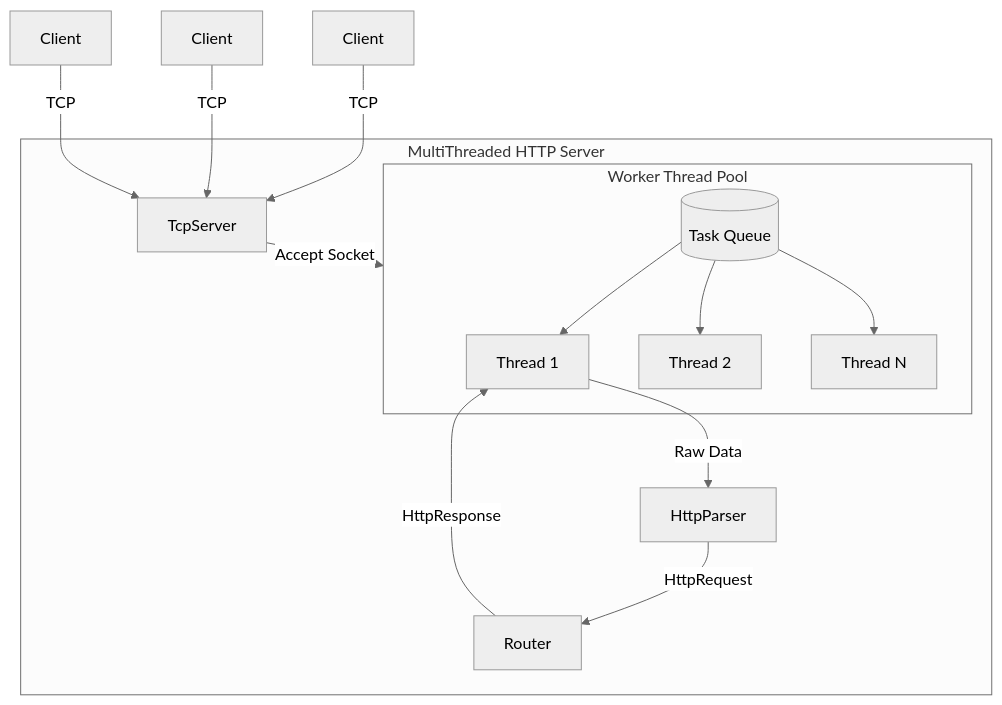
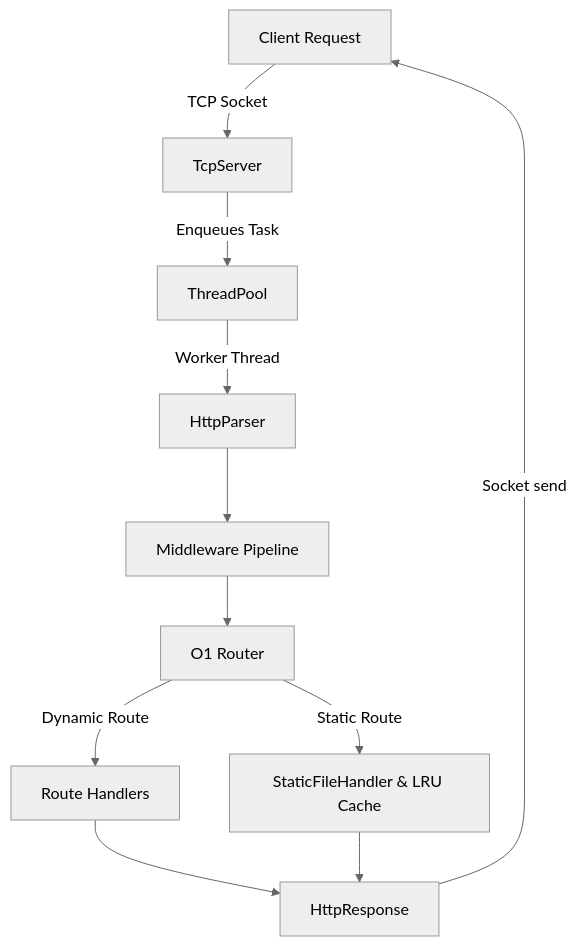
One commit to Zish19/MultiThreaded-HTTP-Server changed the first of 2 diagrams in README.md. Above: the diagram before and after it, drawn with Mermaid (neutral theme). The commit also changed other lines of this file and 15 other files, not shown here.

````diff
--- a/README.md
+++ b/README.md
@@ -22,25 +102,13 @@
 ```mermaid
 graph TD
-    Client1[Client] -->|TCP| TcpServer
-    Client2[Client] -->|TCP| TcpServer
-    Client3[Client] -->|TCP| TcpServer
-
-    subgraph Server [MultiThreaded HTTP Server]
-        TcpServer -->|Accept Socket| ThreadPool
-        
-        subgraph ThreadPool [Worker Thread Pool]
-            Worker1[Thread 1]
-            Worker2[Thread 2]
-            WorkerN[Thread N]
-            
-            Queue[(Task Queue)]
-            Queue --> Worker1
-            Queue --> Worker2
-            Queue --> WorkerN
-        end
-
-        Worker1 -->|Raw Data| HttpParser
-        HttpParser -->|HttpRequest| Router
-        Router -->|HttpResponse| Worker1
-    end
+    A[Client Request] -->|TCP Socket| B[TcpServer]
+    B -->|Enqueues Task| C[ThreadPool]
+    C -->|Worker Thread| D[HttpParser]
+    D --> E[Middleware Pipeline]
+    E --> F[O1 Router]
+    F -->|Dynamic Route| G[Route Handlers]
+    F -->|Static Route| H[StaticFileHandler & LRU Cache]
+    G --> I[HttpResponse]
+    H --> I
+    I -->|Socket send| A
 ```
````
